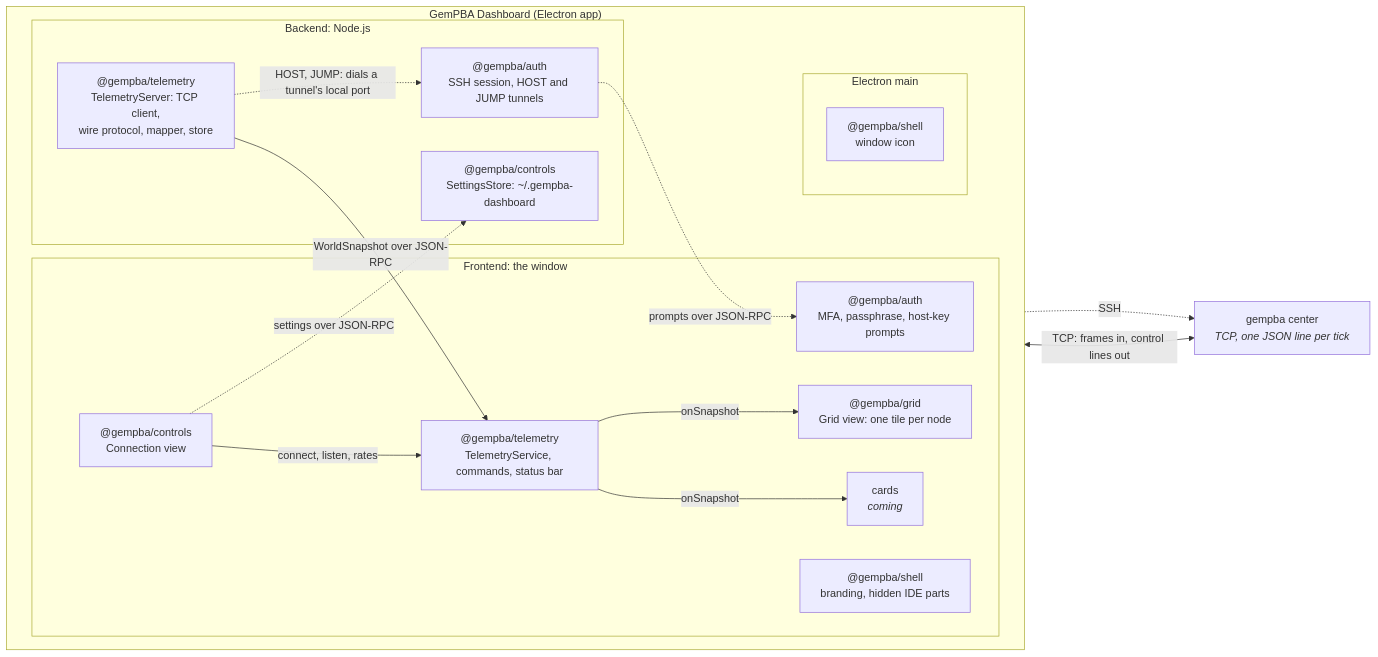
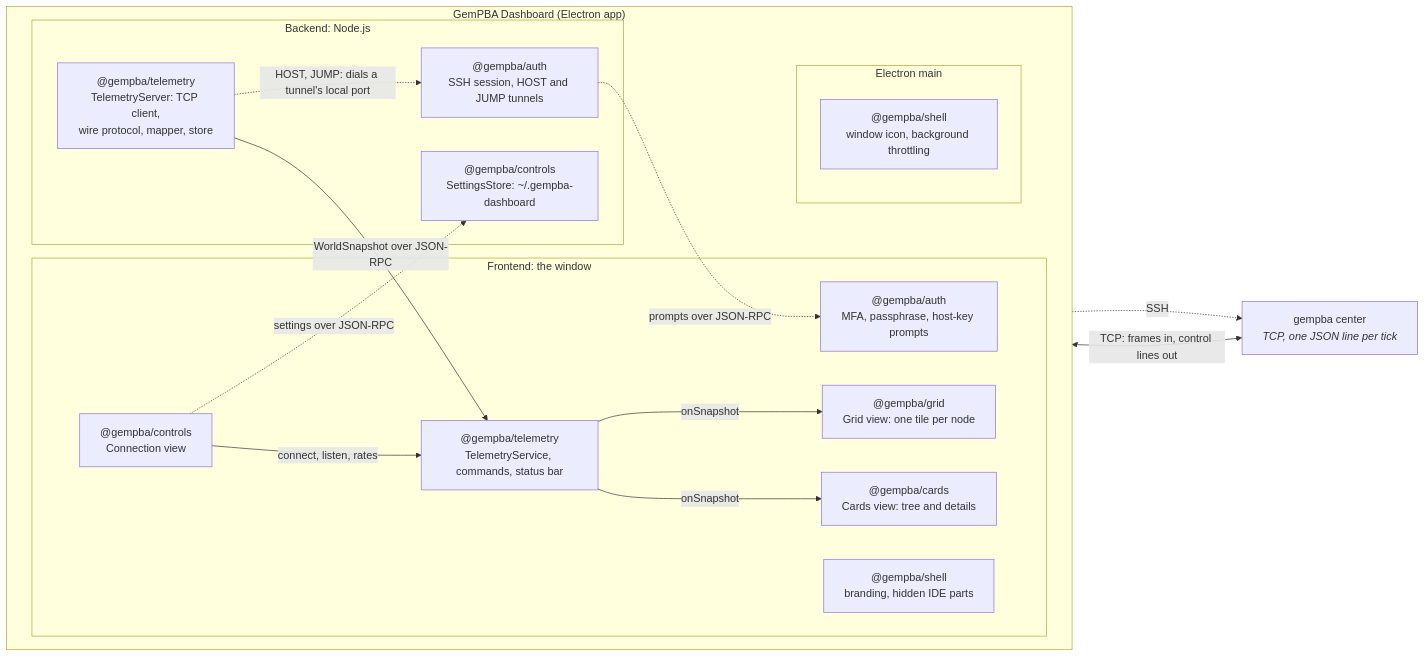
One commit to rapastranac/gempba-dashboard changed the first of 3 diagrams in ARCHITECTURE.md. Above: the diagram before and after it, drawn with Mermaid. The commit also changed other lines of this file, not shown here.

Commit message:
#29 docs: Document the Cards view and hidden views in ARCHITECTURE.md

````diff
--- a/ARCHITECTURE.md
+++ b/ARCHITECTURE.md
@@ -33,32 +33,32 @@
 ```mermaid
 flowchart LR
     gempba["gempba center<br/><i>TCP, one JSON line per tick</i>"]
     subgraph app["GemPBA Dashboard (Electron app)"]
         direction LR
         subgraph backend["Backend: Node.js"]
             telemetry["@gempba/telemetry<br/>TelemetryServer: TCP client,<br/>wire protocol, mapper, store"]
             authNode["@gempba/auth<br/>SSH session, HOST and JUMP tunnels"]
             settingsNode["@gempba/controls<br/>SettingsStore: ~/.gempba-dashboard"]
         end
         subgraph frontend["Frontend: the window"]
             service["@gempba/telemetry<br/>TelemetryService, commands, status bar"]
             authUi["@gempba/auth<br/>MFA, passphrase, host-key prompts"]
             controlsUi["@gempba/controls<br/>Connection view"]
             shellUi["@gempba/shell<br/>branding, hidden IDE parts"]
             gridUi["@gempba/grid<br/>Grid view: one tile per node"]
-            views["cards<br/><i>coming</i>"]
+            cardsUi["@gempba/cards<br/>Cards view: tree and details"]
         end
         subgraph main["Electron main"]
-            shellMain["@gempba/shell<br/>window icon"]
+            shellMain["@gempba/shell<br/>window icon, background throttling"]
         end
     end
     gempba <-->|"TCP: frames in, control lines out"| telemetry
     telemetry -.->|"HOST, JUMP: dials a tunnel's local port"| authNode
     authNode -.->|SSH| gempba
     authNode -.->|"prompts over JSON-RPC"| authUi
     telemetry -->|"WorldSnapshot over JSON-RPC"| service
     service -->|onSnapshot| gridUi
-    service -->|onSnapshot| views
+    service -->|onSnapshot| cardsUi
     controlsUi -->|"connect, listen, rates"| service
     controlsUi -.->|"settings over JSON-RPC"| settingsNode
 ```
````
